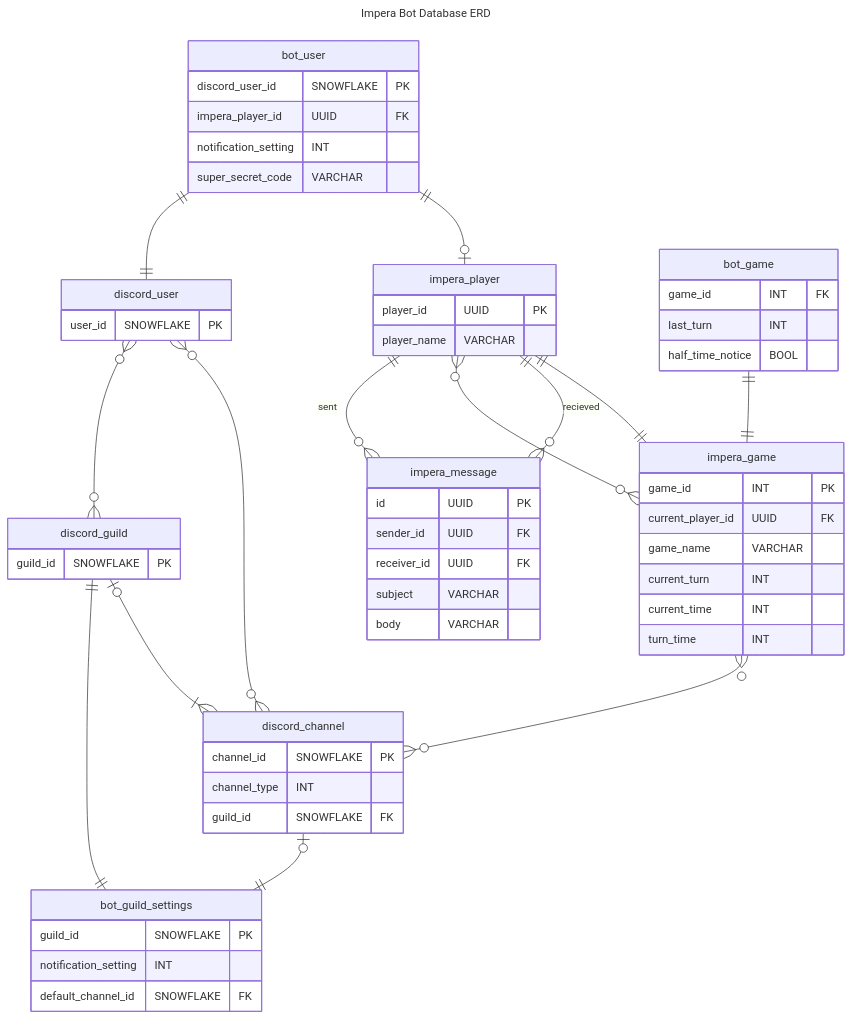
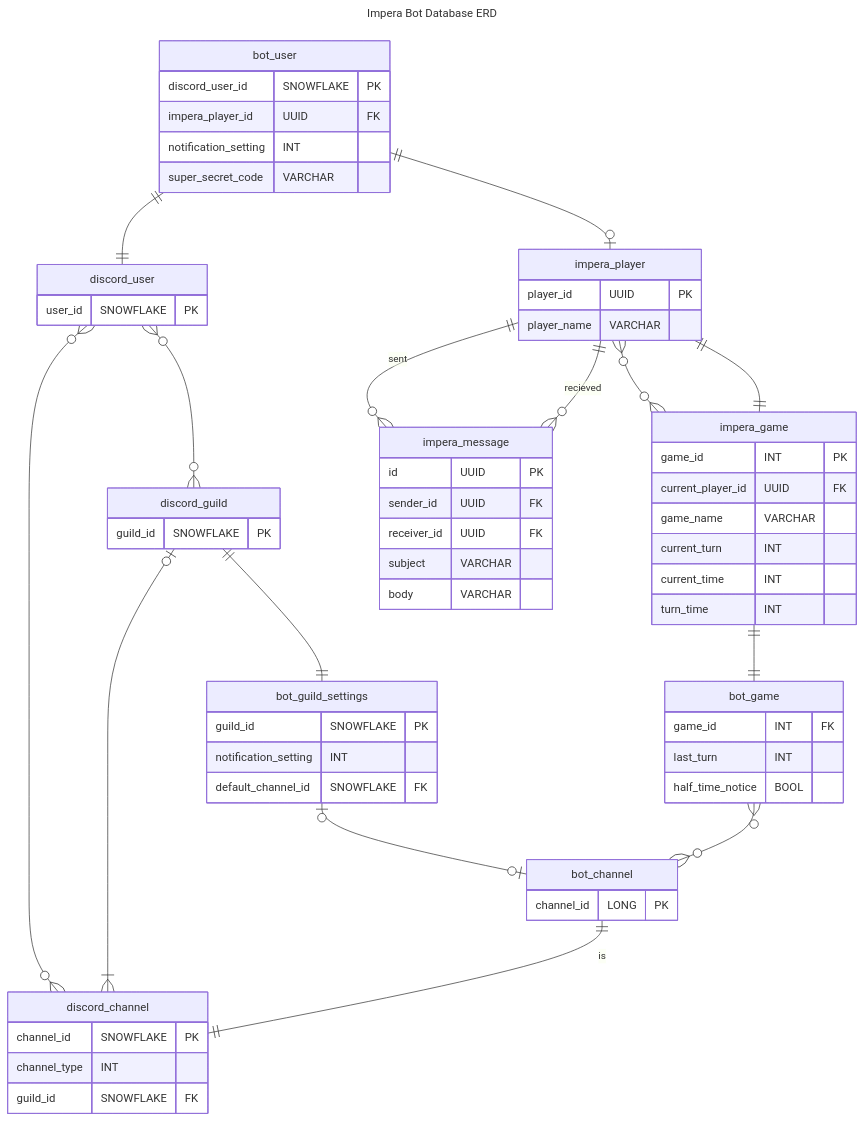
The diagram in documentation/ERD.md (Lelebees/impera-turn-ping), drawn with Mermaid before and after one commit.

Commit message:
Fix the ERD to somehow look good

````diff
--- a/documentation/ERD.md
+++ b/documentation/ERD.md
@@ -1,69 +1,71 @@
 ```mermaid
 ---
 title: Impera Bot Database ERD
 ---
 erDiagram
+    bot_user ||--|o impera_player: ""
+    impera_game ||--|| bot_game: ""
+    impera_player }o--o{ impera_game: ""
+    discord_guild ||--|| bot_guild_settings: ""
+    impera_player ||--o{ impera_message: "sent"
+    impera_message }o--|| impera_player: "recieved"
+    impera_game ||--|| impera_player: ""
+    discord_user }o--o{ discord_channel: ""
+    bot_user ||--|| discord_user: ""
+    discord_guild |o--|{ discord_channel: ""
+    discord_user }o--o{ discord_guild: ""
+    bot_channel ||--|| discord_channel: "is"
+    bot_guild_settings |o--o| bot_channel: ""
+    bot_game }o--o{ bot_channel: ""
 
-bot_user ||--|| discord_user : ""
-bot_user ||--|o impera_player : ""
-bot_game ||--|| impera_game : ""
-    impera_player ||--o{ impera_message: "sent"
-    impera_player }o--o{ impera_game: ""
-    impera_game }o--o{ discord_channel: ""
-impera_game ||--|| impera_player : ""
-    impera_message }o--|| impera_player: "recieved"
-    discord_user }o--o{ discord_guild: ""
-    discord_user }o--o{ discord_channel: ""
-discord_guild ||--|| bot_guild_settings : ""
-discord_guild |o--|{ discord_channel : ""
-discord_channel |o--|| bot_guild_settings : ""
-
-
-bot_game {
-    game_id INT FK
-    last_turn INT
-    half_time_notice BOOL
-}
-bot_user {
-    discord_user_id SNOWFLAKE PK
-    impera_player_id UUID FK
-    notification_setting INT
-    super_secret_code VARCHAR
-}
-impera_player {
-    player_id UUID PK
-    player_name VARCHAR
-}
-discord_user {
-    user_id SNOWFLAKE PK
-}
-impera_game {
-    game_id INT PK
-    current_player_id UUID FK
-    game_name VARCHAR
-    current_turn INT
-    current_time INT
-    turn_time INT
-}
+    bot_game {
+        game_id INT FK
+        last_turn INT
+        half_time_notice BOOL
+    }
+    bot_user {
+        discord_user_id SNOWFLAKE PK
+        impera_player_id UUID FK
+        notification_setting INT
+        super_secret_code VARCHAR
+    }
+    impera_player {
+        player_id UUID PK
+        player_name VARCHAR
+    }
+    discord_user {
+        user_id SNOWFLAKE PK
+    }
+    impera_game {
+        game_id INT PK
+        current_player_id UUID FK
+        game_name VARCHAR
+        current_turn INT
+        current_time INT
+        turn_time INT
+    }
+    bot_channel {
+        channel_id LONG PK
+    }
     discord_channel {
-    channel_id SNOWFLAKE PK
+        channel_id SNOWFLAKE PK
         channel_type INT
-    guild_id SNOWFLAKE FK
-}
-discord_guild {
-    guild_id SNOWFLAKE PK
-}
+        guild_id SNOWFLAKE FK
+    }
+    discord_guild {
+        guild_id SNOWFLAKE PK
+    }
     bot_guild_settings {
         guild_id SNOWFLAKE PK
         notification_setting INT
         default_channel_id SNOWFLAKE FK
-}
-impera_message {
-    id UUID PK
-    sender_id UUID FK
-    receiver_id UUID FK
-    subject VARCHAR
-    body VARCHAR
-}
+    }
+    impera_message {
+        id UUID PK
+        sender_id UUID FK
+        receiver_id UUID FK
+        subject VARCHAR
+        body VARCHAR
+    }
 
 ```
````
